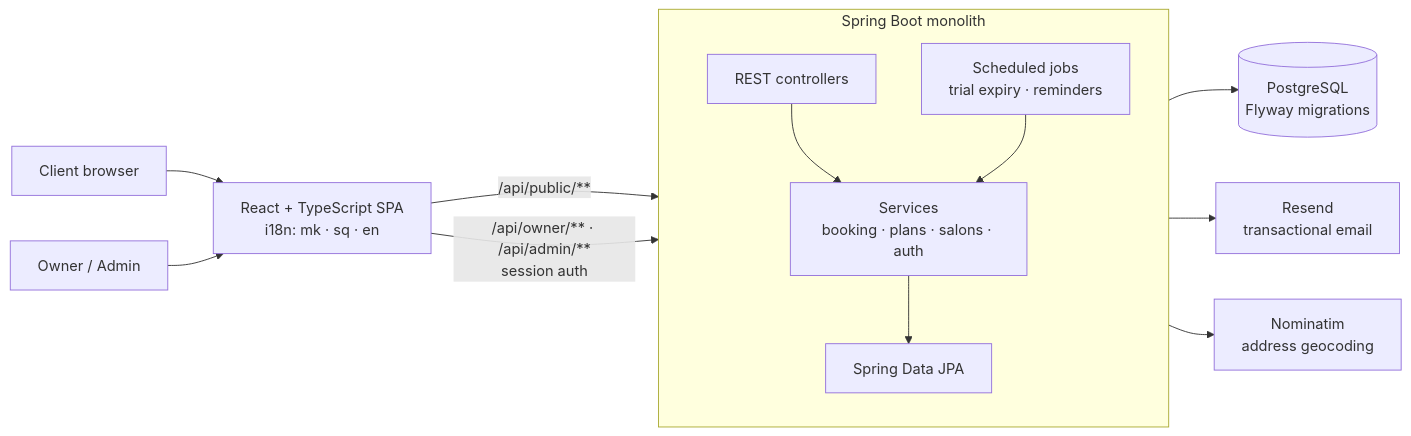
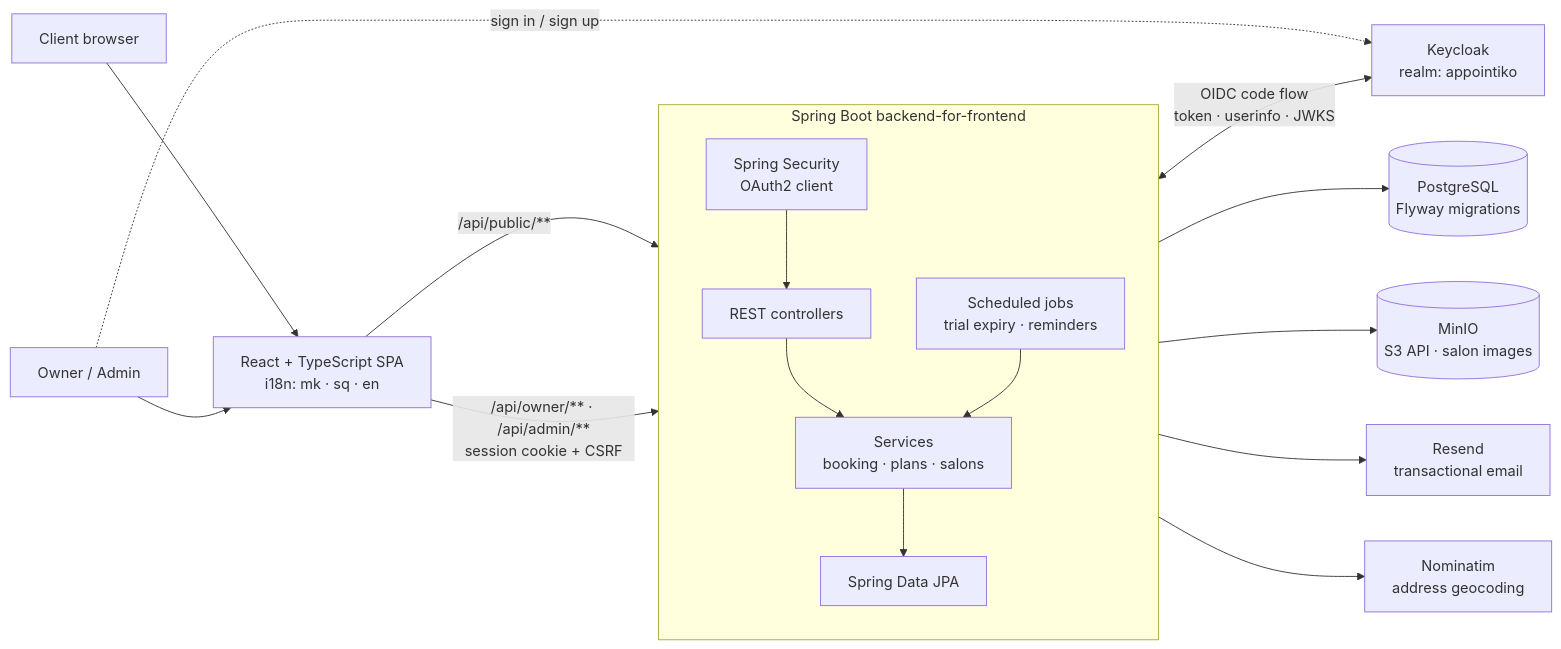
The diagram in README.md (filipopov/Appointiko), drawn with Mermaid before and after one commit. The commit also changed other lines of this file, not shown here.

Commit message:
README: Keycloak, MinIO and Kubernetes architecture

````diff
--- a/README.md
+++ b/README.md
@@ -50,18 +53,22 @@
 ```mermaid
 flowchart LR
     C[Client browser] --> SPA
     O[Owner / Admin] --> SPA
     SPA[React + TypeScript SPA<br/>i18n: mk · sq · en] -->|/api/public/**| API
-    SPA -->|/api/owner/** · /api/admin/**<br/>session auth| API
+    SPA -->|/api/owner/** · /api/admin/**<br/>session cookie + CSRF| API
+    O -. sign in / sign up .-> KC
 
-    subgraph API [Spring Boot monolith]
+    subgraph API [Spring Boot backend-for-frontend]
         direction TB
-        CTRL[REST controllers] --> SVC[Services<br/>booking · plans · salons · auth]
+        SEC[Spring Security<br/>OAuth2 client] --> CTRL[REST controllers]
+        CTRL --> SVC[Services<br/>booking · plans · salons]
         SVC --> REPO[Spring Data JPA]
         JOBS[Scheduled jobs<br/>trial expiry · reminders] --> SVC
     end
 
+    SEC <-->|OIDC code flow<br/>token · userinfo · JWKS| KC[Keycloak<br/>realm: appointiko]
     REPO --> PG[(PostgreSQL<br/>Flyway migrations)]
+    SVC --> S3[(MinIO<br/>S3 API · salon images)]
     SVC --> RS[Resend<br/>transactional email]
     SVC --> NOM[Nominatim<br/>address geocoding]
 ```
````
